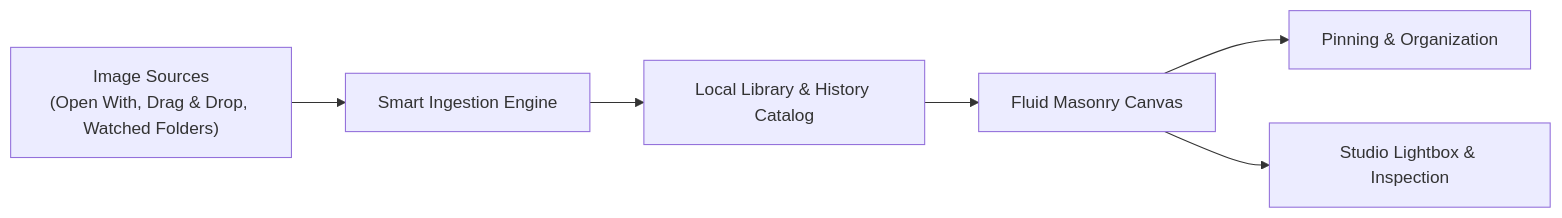
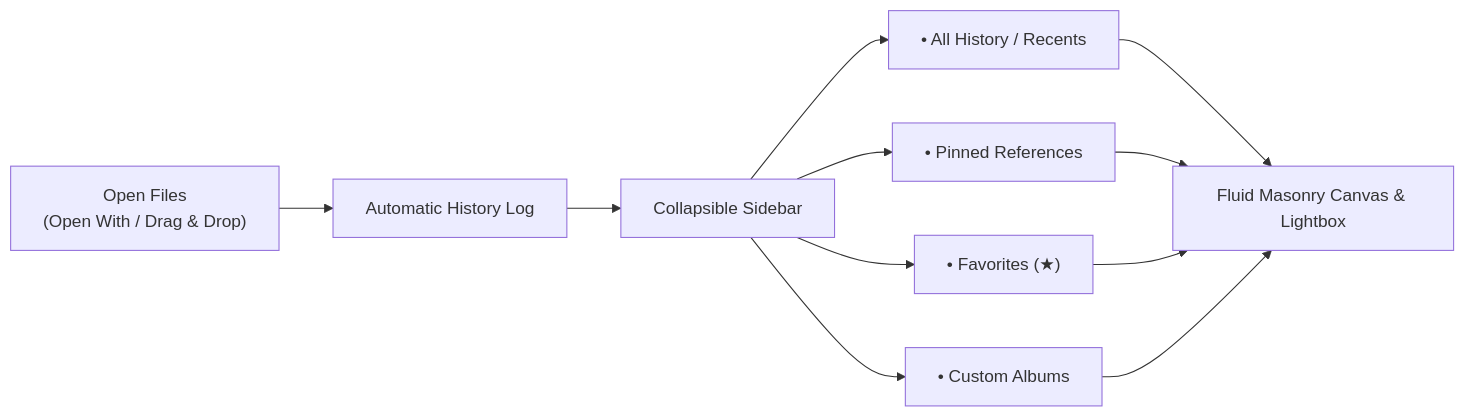
One commit to PawatRat/purviewgrid changed the diagram in docs/APP_DESIGN_REQUIREMENTS.md. Above: the diagram before and after it, drawn with Mermaid. The commit also changed other lines of this file, not shown here.

Commit message:
docs: refine design requirements to focused scope (history, favorites, albums, sidebar)

````diff
--- a/docs/APP_DESIGN_REQUIREMENTS.md
+++ b/docs/APP_DESIGN_REQUIREMENTS.md
@@ -22,8 +19,10 @@
 ```mermaid
 flowchart LR
-    A["Image Sources<br/>(Open With, Drag & Drop, Watched Folders)"] --> B["Smart Ingestion Engine"]
-    B --> C["Local Library & History Catalog"]
-    C --> D["Fluid Masonry Canvas"]
-    D --> E["Pinning & Organization"]
-    D --> F["Studio Lightbox & Inspection"]
+    A["Open Files<br/>(Open With / Drag & Drop)"] --> B["Automatic History Log"]
+    B --> C["Collapsible Sidebar"]
+    C --> D["• All History / Recents"]
+    C --> E["• Pinned References"]
+    C --> F["• Favorites (★)"]
+    C --> G["• Custom Albums"]
+    D & E & F & G --> H["Fluid Masonry Canvas & Lightbox"]
 ```
````
